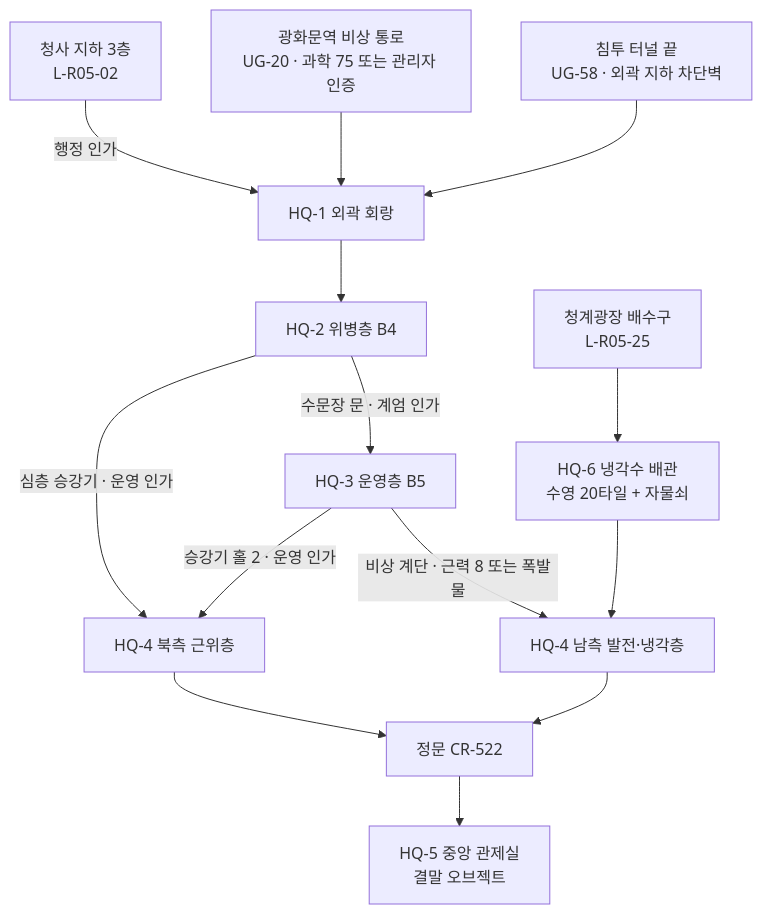
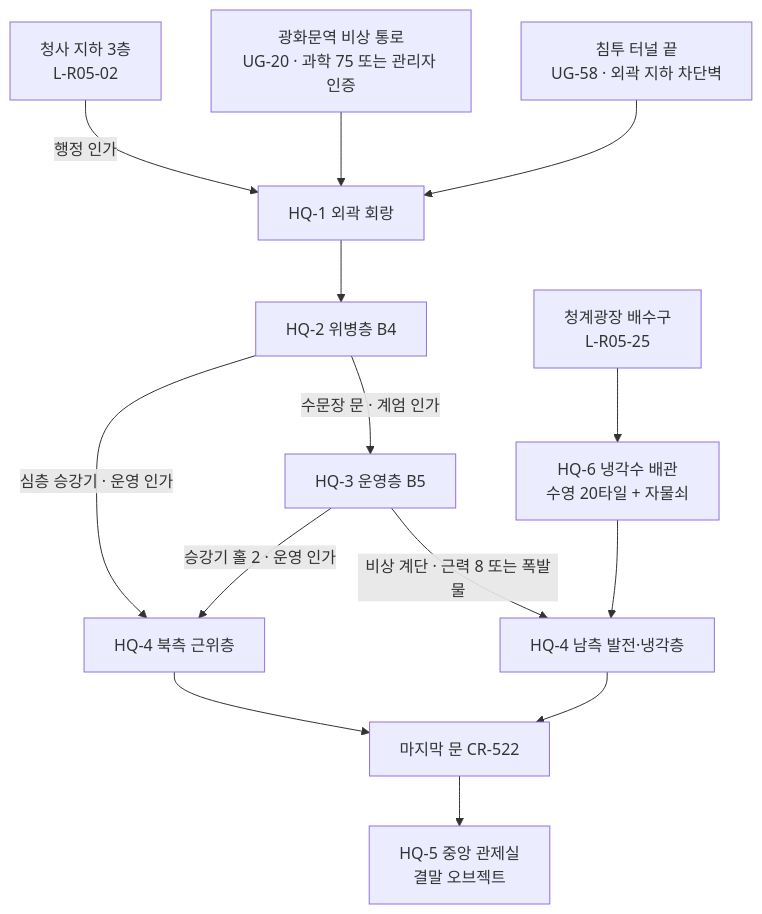
Before and after one commit to forsurvive/003: the second of 2 diagrams in docs/seoul-fallout/09c_locations-r05-r06.md, drawn with Mermaid. The commit also changed other lines of this file and 3 other files, not shown here.

````diff
--- a/docs/seoul-fallout/09c_locations-r05-r06.md
+++ b/docs/seoul-fallout/09c_locations-r05-r06.md
@@ -349,16 +349,16 @@
 ```mermaid
 flowchart TD
   CH["청사 지하 3층<br/>L-R05-02"] -->|"행정 인가"| H1["HQ-1 외곽 회랑"]
   ST["광화문역 비상 통로<br/>UG-20 · 과학 75 또는 관리자 인증"] --> H1
   TN["침투 터널 끝<br/>UG-58 · 외곽 지하 차단벽"] --> H1
   H1 --> H2["HQ-2 위병층 B4"]
   H2 -->|"수문장 문 · 계엄 인가"| H3["HQ-3 운영층 B5"]
   H2 -->|"심층 승강기 · 운영 인가"| H4N["HQ-4 북측 근위층"]
   H3 -->|"승강기 홀 2 · 운영 인가"| H4N
   H3 -->|"비상 계단 · 근력 8 또는 폭발물"| H4S["HQ-4 남측 발전·냉각층"]
   CG["청계광장 배수구<br/>L-R05-25"] --> H6["HQ-6 냉각수 배관<br/>수영 20타일 + 자물쇠"]
   H6 --> H4S
-  H4N --> GATE["정문 CR-522"]
+  H4N --> GATE["마지막 문 CR-522"]
   H4S --> GATE
   GATE --> H5["HQ-5 중앙 관제실<br/>결말 오브젝트"]
 ```
````
